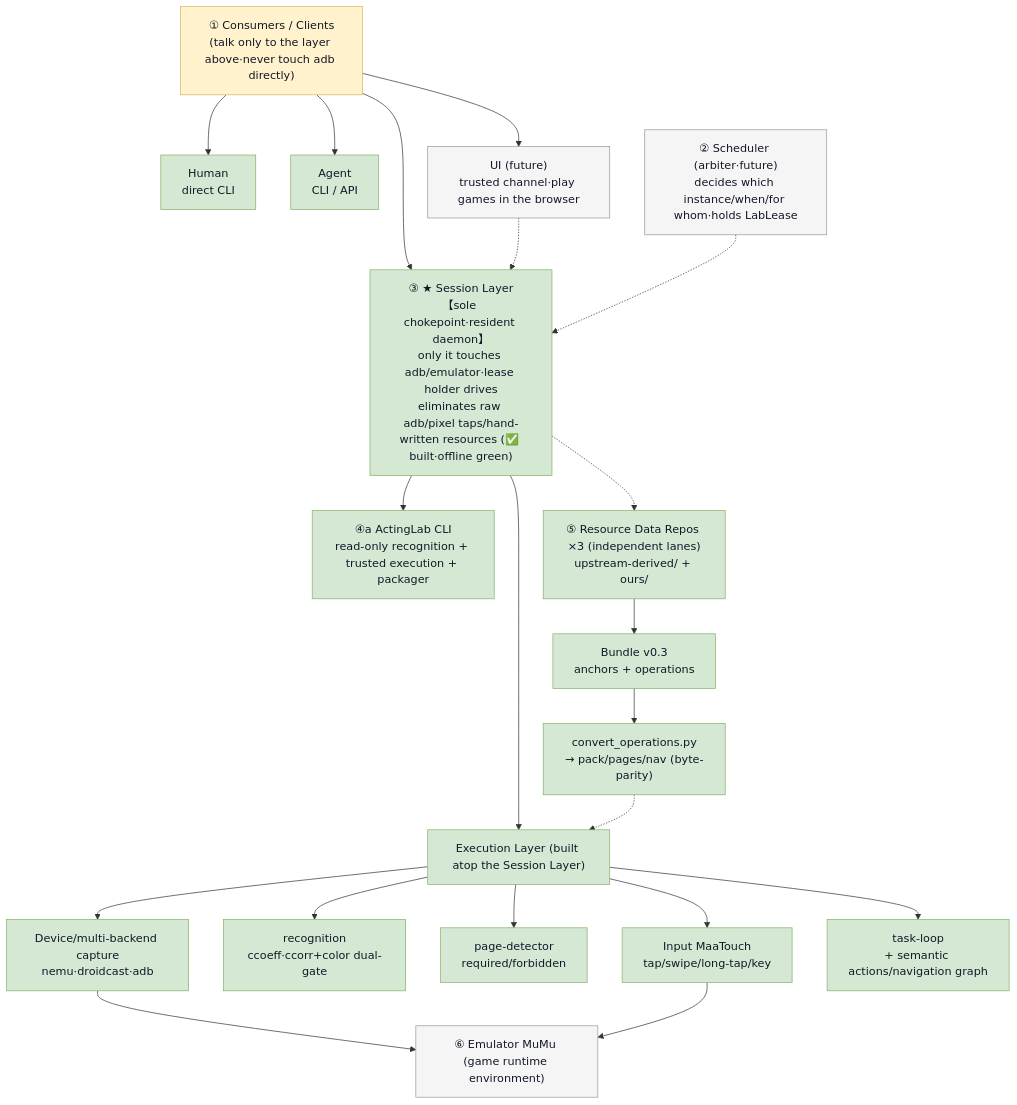
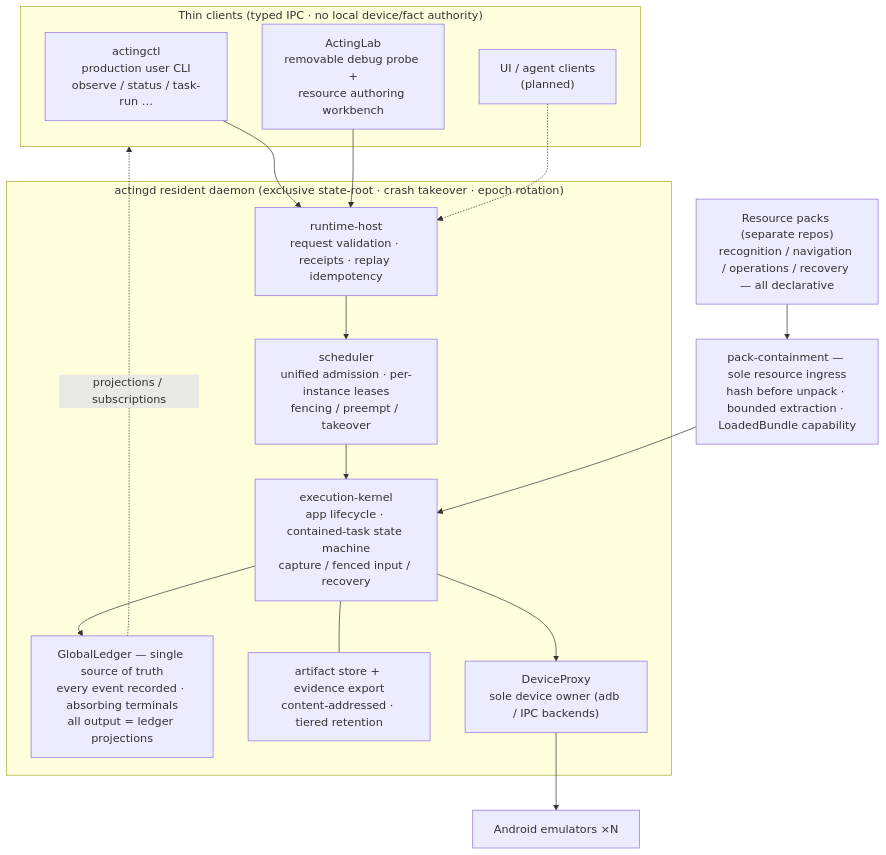
One commit to HS7097/ActingCommand-Runtime changed the diagram in README.en.md. Above: the diagram before and after it, drawn with Mermaid. The commit also changed other lines of this file and 1 other file, not shown here.

First line of the commit message:
docs: refresh README (zh/en) to resident-runtime architecture

````diff
--- a/README.en.md
+++ b/README.en.md
@@ -58,60 +15,30 @@
 ```mermaid
 graph TD
-  a1["① Consumers / Clients<br/>(talk only to the layer above·never touch adb directly)"]
-  a2["Human<br/>direct CLI"]
-  a3["Agent<br/>CLI / API"]
-  a4["UI (future)<br/>trusted channel·play games in the browser"]
+  subgraph clients["Thin clients (typed IPC · no local device/fact authority)"]
+    ctl["actingctl<br/>production user CLI<br/>observe / status / task-run …"]
+    lab["ActingLab<br/>removable debug probe +<br/>resource authoring workbench"]
+    fut["UI / agent clients<br/>(planned)"]
+  end
 
-  sc["② Scheduler (arbiter·future)<br/>decides which instance/when/for whom·holds LabLease"]
+  subgraph daemon["actingd resident daemon (exclusive state-root · crash takeover · epoch rotation)"]
+    host["runtime-host<br/>request validation · receipts · replay idempotency"]
+    sched["scheduler<br/>unified admission · per-instance leases<br/>fencing / preempt / takeover"]
+    kernel["execution-kernel<br/>app lifecycle · contained-task state machine<br/>capture / fenced input / recovery"]
+    ledger["GlobalLedger — single source of truth<br/>every event recorded · absorbing terminals<br/>all output = ledger projections"]
+    store["artifact store + evidence export<br/>content-addressed · tiered retention"]
+    dev["DeviceProxy<br/>sole device owner (adb / IPC backends)"]
+  end
 
-  s0["③ ★ Session Layer<br/>【sole chokepoint·resident daemon】<br/>only it touches adb/emulator·lease holder drives<br/>eliminates raw adb/pixel taps/hand-written resources (✅ built·offline green)"]
+  contain["pack-containment — sole resource ingress<br/>hash before unpack · bounded extraction · LoadedBundle capability"]
+  res["Resource packs (separate repos)<br/>recognition / navigation / operations / recovery — all declarative"]
+  emu["Android emulators ×N"]
 
-  ex["Execution Layer (built atop the Session Layer)"]
-  e1["Device/multi-backend capture<br/>nemu·droidcast·adb"]
-  e2["recognition<br/>ccoeff·ccorr+color dual-gate"]
-  e3["page-detector<br/>required/forbidden"]
-  e4["Input MaaTouch<br/>tap/swipe/long-tap/key"]
-  e5["task-loop<br/>+ semantic actions/navigation graph"]
-
-  lab["④a ActingLab CLI<br/>read-only recognition + trusted execution + packager"]
-
-  emu["⑥ Emulator MuMu (game runtime environment)"]
-
-  r0["⑤ Resource Data Repos ×3 (independent lanes)<br/>upstream-derived/ + ours/"]
-  r1["Bundle v0.3<br/>anchors + operations"]
-  r2["convert_operations.py<br/>→ pack/pages/nav (byte-parity)"]
-
-  a1 --> a2
-  a1 --> a3
-  a1 --> a4
-  a1 --> s0
-  a4 -.-> s0
-  sc -.-> s0
-  s0 --> ex
-  ex --> e1
-  ex --> e2
-  ex --> e3
-  ex --> e4
-  ex --> e5
-  s0 --> lab
-  e1 --> emu
-  e4 --> emu
-  r0 --> r1
-  r1 --> r2
-  r2 -.-> ex
-  s0 -.-> r0
-
-  classDef done fill:#d5e8d4,stroke:#82b366,color:#111827;
-  classDef wip fill:#fff2cc,stroke:#d6b656,color:#111827;
-  classDef todo fill:#ffe6cc,stroke:#d79b00,color:#111827;
-  classDef future fill:#f5f5f5,stroke:#999999,color:#111827;
-  classDef gate fill:#ffe6cc,stroke:#d79b00,color:#111827,stroke-dasharray:5 3;
-
-  class s0 done;
-  class a2,a3 done;
-  class a1 wip;
-  class ex,e1,e2,e3,e4,e5,lab done;
-  class r0,r1,r2 done;
-  class a4,sc future;
-  class emu future;
+  ctl --> host
+  lab --> host
+  fut -.-> host
+  host --> sched --> kernel --> dev --> emu
+  res --> contain --> kernel
+  kernel --> ledger
+  ledger -.->|projections / subscriptions| clients
+  kernel --- store
 ```
````
